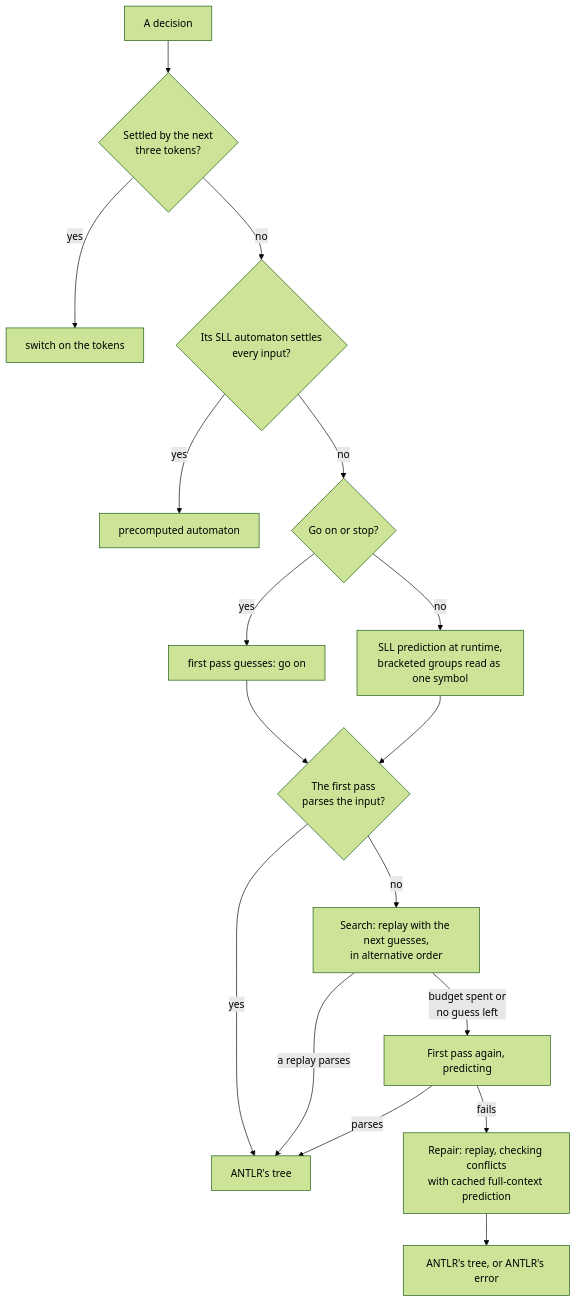
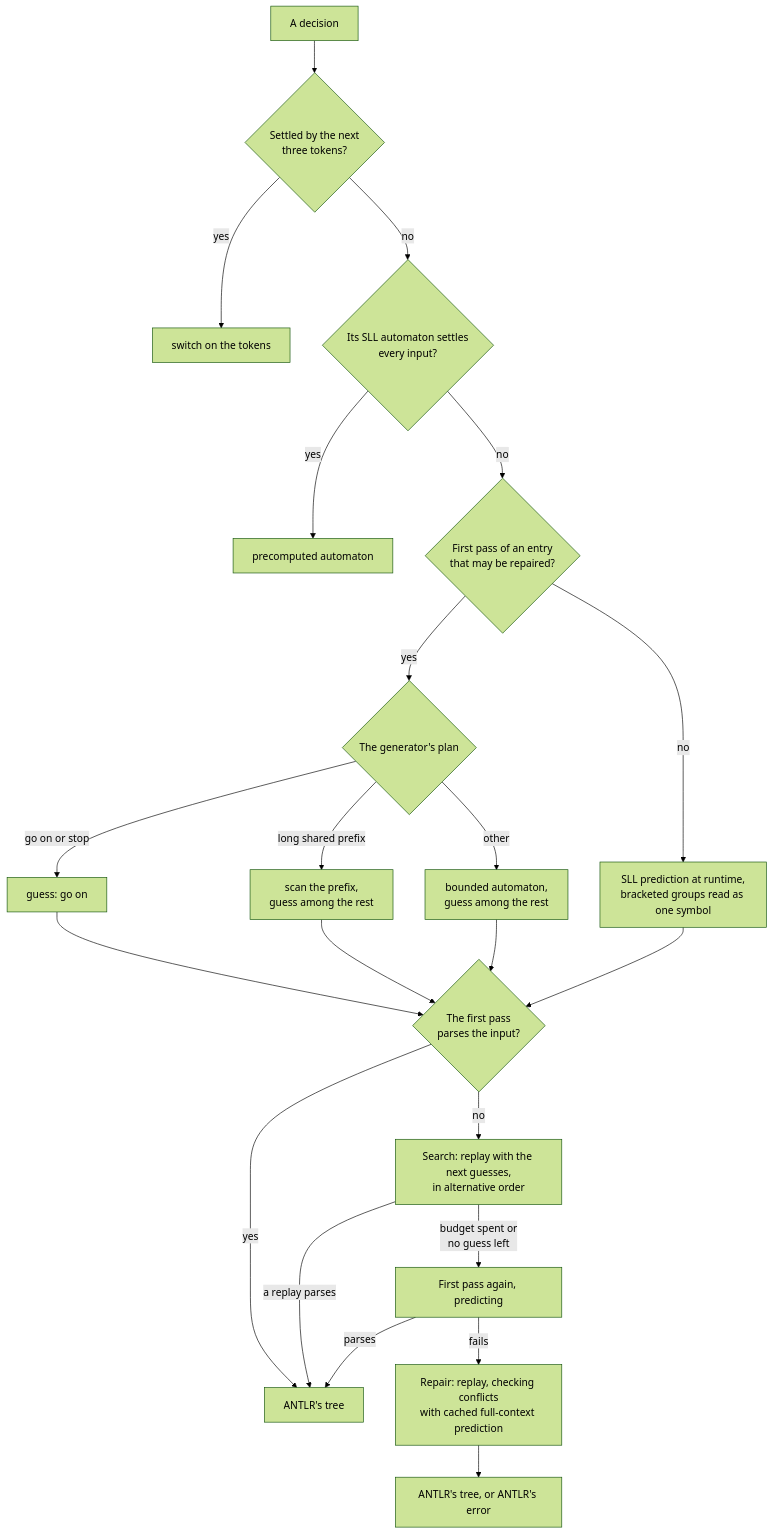
Before and after one commit to martianoff/galop: the second of 2 diagrams in docs/DESIGN.md, drawn with Mermaid (forest theme). The commit also changed other lines of this file and 15 other files, not shown here.

First line of the commit message:
feat: settle every runtime decision of the first pass ahead of time

````diff
--- a/docs/DESIGN.md
+++ b/docs/DESIGN.md
@@ -149,19 +149,24 @@
 ```mermaid
 flowchart TD
   d["A decision"] --> k{"Settled by the next<br/>three tokens?"}
   k -- yes --> sw["switch on the tokens"]
   k -- no --> a{"Its SLL automaton settles<br/>every input?"}
   a -- yes --> au["precomputed automaton"]
-  a -- no --> g{"Go on or stop?"}
-  g -- yes --> gu["first pass guesses: go on"]
-  g -- no --> p["SLL prediction at runtime,<br/>bracketed groups read as one symbol"]
+  a -- no --> e{"First pass of an entry<br/>that may be repaired?"}
+  e -- no --> p["SLL prediction at runtime,<br/>bracketed groups read as one symbol"]
+  e -- yes --> g{"The generator's plan"}
+  g -- "go on or stop" --> gu["guess: go on"]
+  g -- "long shared prefix" --> sc["scan the prefix,<br/>guess among the rest"]
+  g -- other --> bo["bounded automaton,<br/>guess among the rest"]
   gu --> ok{"The first pass<br/>parses the input?"}
+  sc --> ok
+  bo --> ok
   p --> ok
   ok -- yes --> tree["ANTLR's tree"]
   ok -- no --> s["Search: replay with the next guesses,<br/>in alternative order"]
   s -- "a replay parses" --> tree
   s -- "budget spent or<br/>no guess left" --> f["First pass again, predicting"]
   f -- parses --> tree
   f -- fails --> r["Repair: replay, checking conflicts<br/>with cached full-context prediction"]
   r --> res["ANTLR's tree, or ANTLR's error"]
 ```
````
